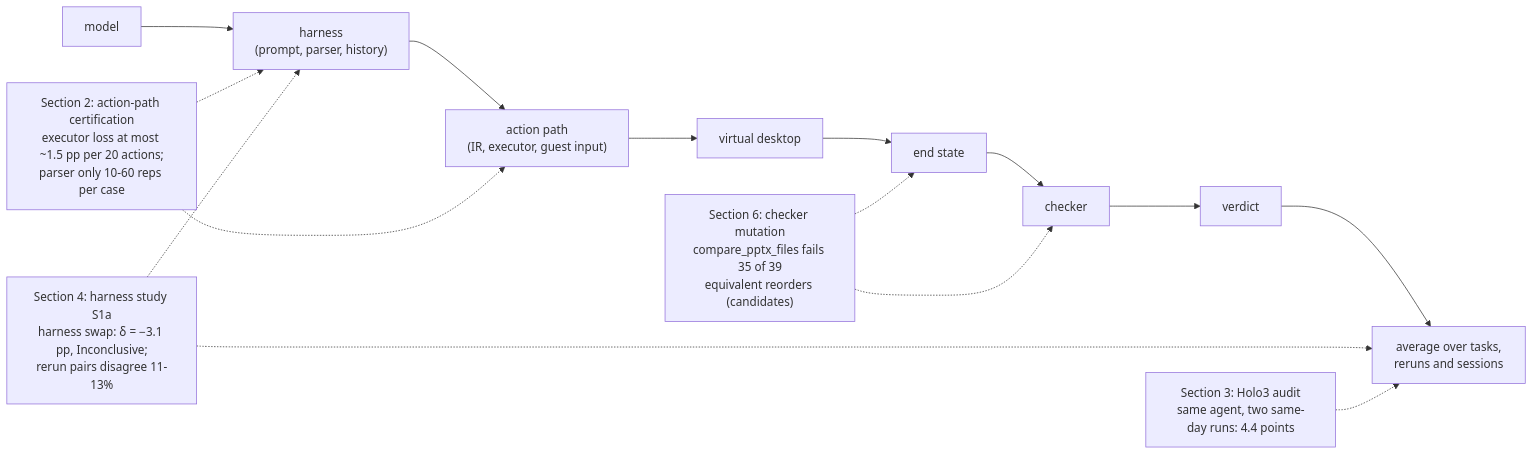
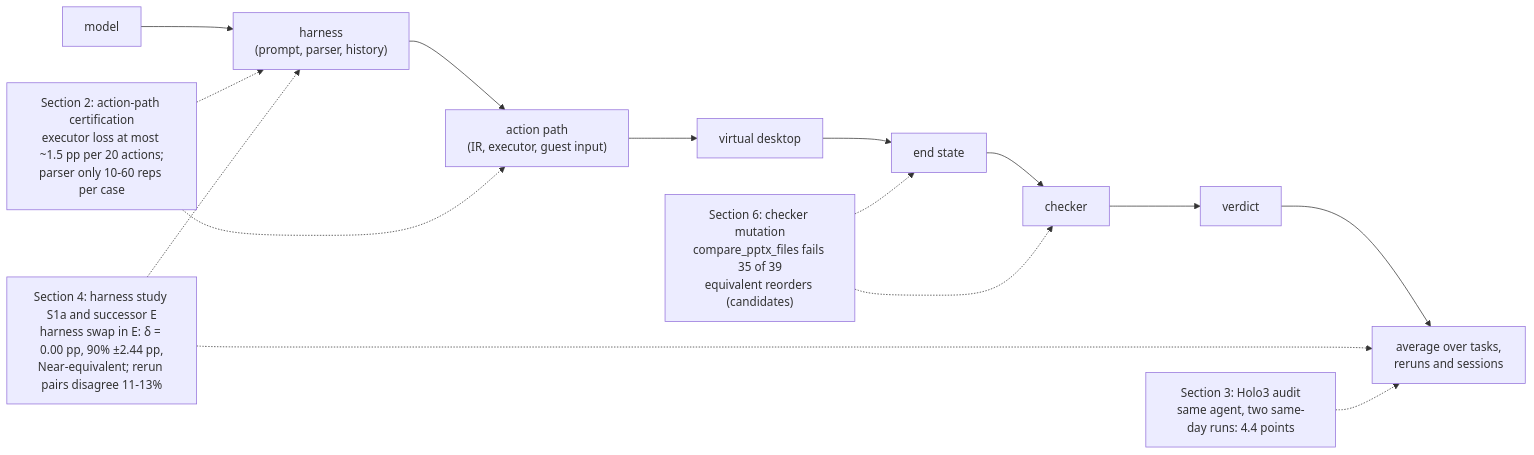
The diagram in paper/q2-report/draft.md (Kevin-Liu-01/cotcodec), drawn with Mermaid before and after one commit. The commit also changed other lines of this file and 3 other files, not shown here.

````diff
--- a/paper/q2-report/draft.md
+++ b/paper/q2-report/draft.md
@@ -317,11 +350,11 @@
 ```mermaid
 flowchart LR
   M[model] --> H["harness<br/>(prompt, parser, history)"] --> A["action path<br/>(IR, executor, guest input)"] --> D[virtual desktop] --> E[end state] --> C[checker] --> V[verdict] --> G["average over tasks,<br/>reruns and sessions"]
   S2["Section 2: action-path certification<br/>executor loss at most ~1.5 pp per 20 actions;<br/>parser only 10-60 reps per case"] -.-> A
   S2 -.-> H
-  S4["Section 4: harness study S1a<br/>harness swap: δ = −3.1 pp, Inconclusive;<br/>rerun pairs disagree 11-13%"] -.-> H
+  S4["Section 4: harness study S1a and successor E<br/>harness swap in E: δ = 0.00 pp, 90% ±2.44 pp,<br/>Near-equivalent; rerun pairs disagree 11-13%"] -.-> H
   S4 -.-> G
   S3["Section 3: Holo3 audit<br/>same agent, two same-day runs: 4.4 points"] -.-> G
   S6["Section 6: checker mutation<br/>compare_pptx_files fails 35 of 39<br/>equivalent reorders (candidates)"] -.-> E
   S6 -.-> C
 ```
````
